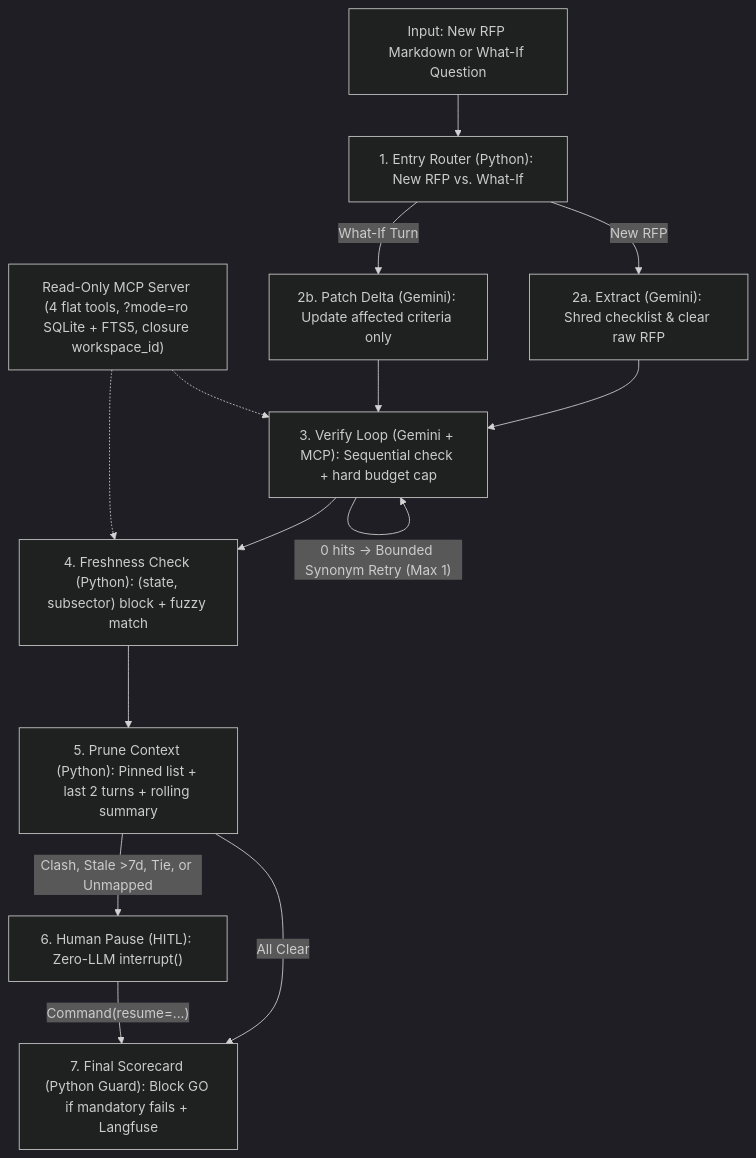
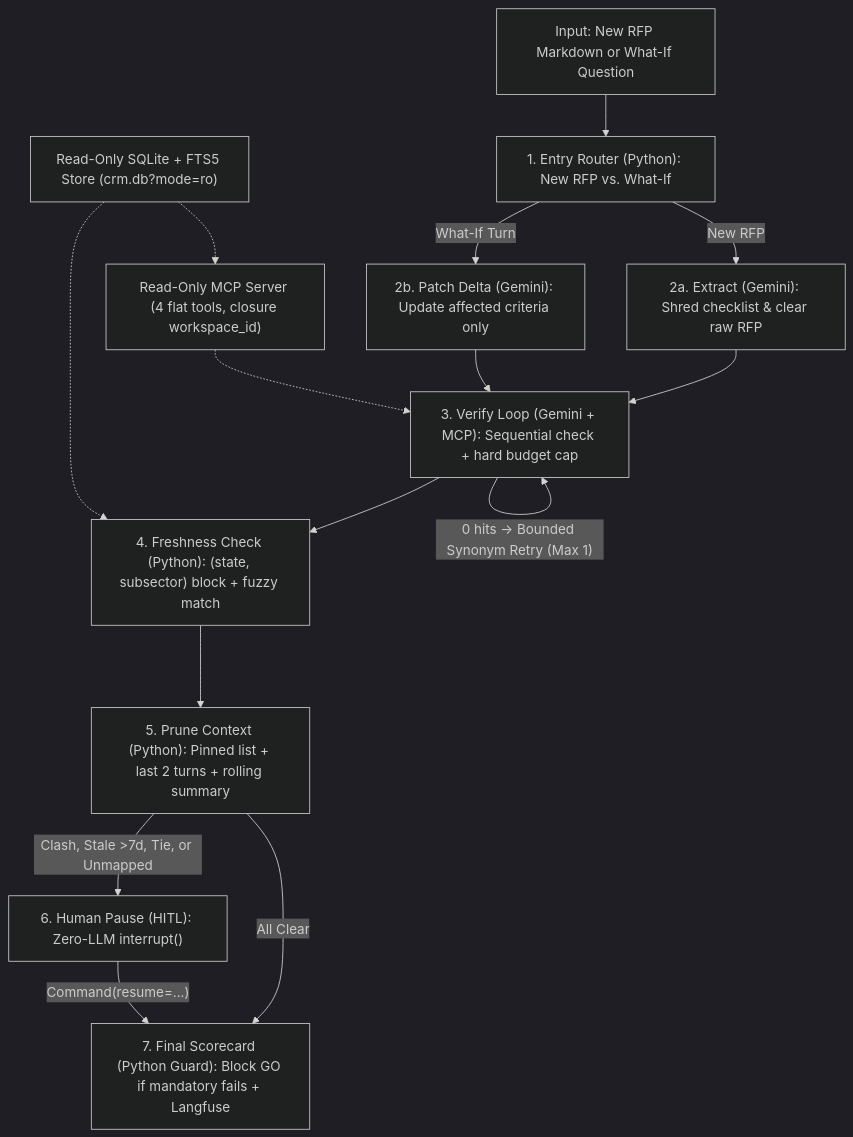
Before and after one commit to Ajeetkrup/pursuitguard: the diagram in README.md, drawn with Mermaid (dark theme). The commit also changed other lines of this file, not shown here.

Commit message:
docs: clarify README eval table, architecture diagram, and production trade-offs

````diff
--- a/README.md
+++ b/README.md
@@ -39,17 +39,18 @@
 ```mermaid
 flowchart TD
     IN["Input: New RFP Markdown or What-If Question"] --> ROUTER["1. Entry Router (Python): New RFP vs. What-If"]
     ROUTER -->|"New RFP"| EXTRACT["2a. Extract (Gemini): Shred checklist & clear raw RFP"]
     ROUTER -->|"What-If Turn"| DELTA["2b. Patch Delta (Gemini): Update affected criteria only"]
     EXTRACT --> VERIFY["3. Verify Loop (Gemini + MCP): Sequential check + hard budget cap"]
     DELTA --> VERIFY
     VERIFY -->|"0 hits -> Bounded Synonym Retry (Max 1)"| VERIFY
     VERIFY --> RECONCILE["4. Freshness Check (Python): (state, subsector) block + fuzzy match"]
     RECONCILE --> PRUNE["5. Prune Context (Python): Pinned list + last 2 turns + rolling summary"]
     PRUNE -->|"Clash, Stale >7d, Tie, or Unmapped"| HITL["6. Human Pause (HITL): Zero-LLM interrupt()"]
     PRUNE -->|"All Clear"| SCORE["7. Final Scorecard (Python Guard): Block GO if mandatory fails + Langfuse"]
     HITL -->|"Command(resume=...)"| SCORE
 
-    MCP["Read-Only MCP Server (4 flat tools, ?mode=ro SQLite + FTS5, closure workspace_id)"] -.-> VERIFY
-    MCP -.-> RECONCILE
+    MCP["Read-Only MCP Server (4 flat tools, closure workspace_id)"] -.-> VERIFY
+    STORE["Read-Only SQLite + FTS5 Store (crm.db?mode=ro)"] -.-> MCP
+    STORE -.-> RECONCILE
 ```
````
